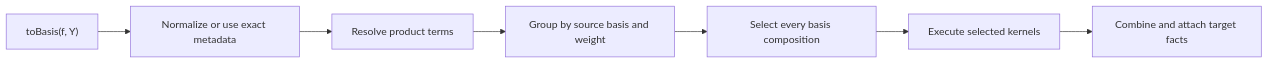
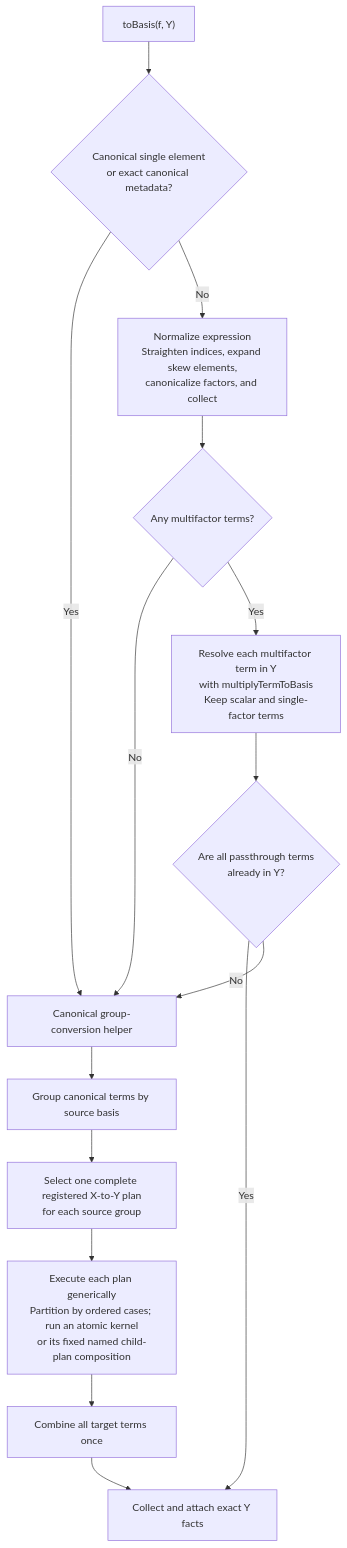
Before and after one commit to j-graf/M2: the first of 5 diagrams in M2/Macaulay2/e/symmetric-rings/README-pipelines.md, drawn with Mermaid. The commit also changed other lines of this file and 28 other files, not shown here.

Commit message:
Conversion plan redo

````diff
--- a/M2/Macaulay2/e/symmetric-rings/README-pipelines.md
+++ b/M2/Macaulay2/e/symmetric-rings/README-pipelines.md
@@ -13,9 +18,21 @@
 ```mermaid
-flowchart LR
-    A["toBasis(f, Y)"] --> B["Normalize or use exact metadata"]
-    B --> C["Resolve product terms"]
-    C --> D["Group by source basis and weight"]
-    D --> E["Select every basis composition"]
-    E --> F["Execute selected kernels"]
-    F --> G["Combine and attach target facts"]
+flowchart TD
+    A["toBasis(f, Y)"] --> B{"Canonical single element<br/>or exact canonical metadata?"}
+
+    B -->|"Yes"| G["Canonical group-conversion helper"]
+    B -->|"No"| C["Normalize expression<br/>Straighten indices, expand skew elements,<br/>canonicalize factors, and collect"]
+
+    C --> D{"Any multifactor terms?"}
+    D -->|"No"| G
+    D -->|"Yes"| E["Resolve each multifactor term in Y<br/>with multiplyTermToBasis<br/>Keep scalar and single-factor terms"]
+
+    E --> F{"Are all passthrough terms<br/>already in Y?"}
+    F -->|"Yes"| R["Collect and attach exact Y facts"]
+    F -->|"No"| G
+
+    G --> H["Group canonical terms by source basis"]
+    H --> L["Select one complete registered X-to-Y plan<br/>for each source group"]
+    L --> M["Execute each plan generically<br/>Partition by ordered cases; run an atomic kernel<br/>or its fixed named child-plan composition"]
+    M --> N["Combine all target terms once"]
+    N --> R
 ```
````
